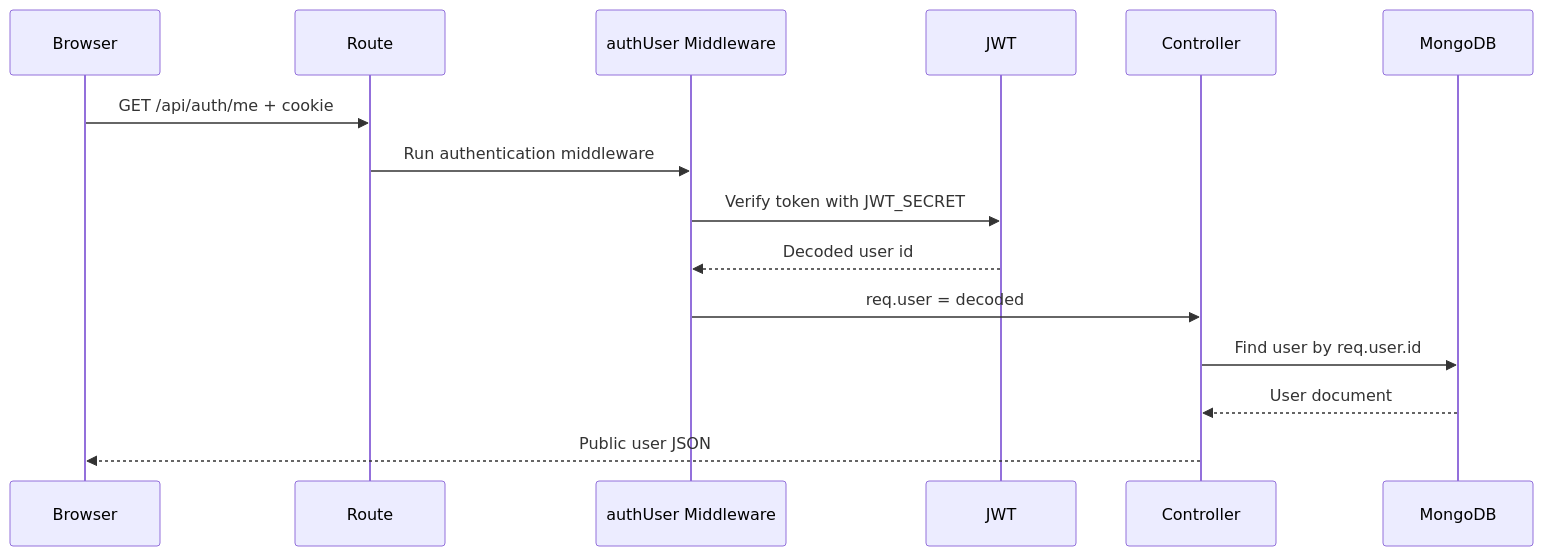
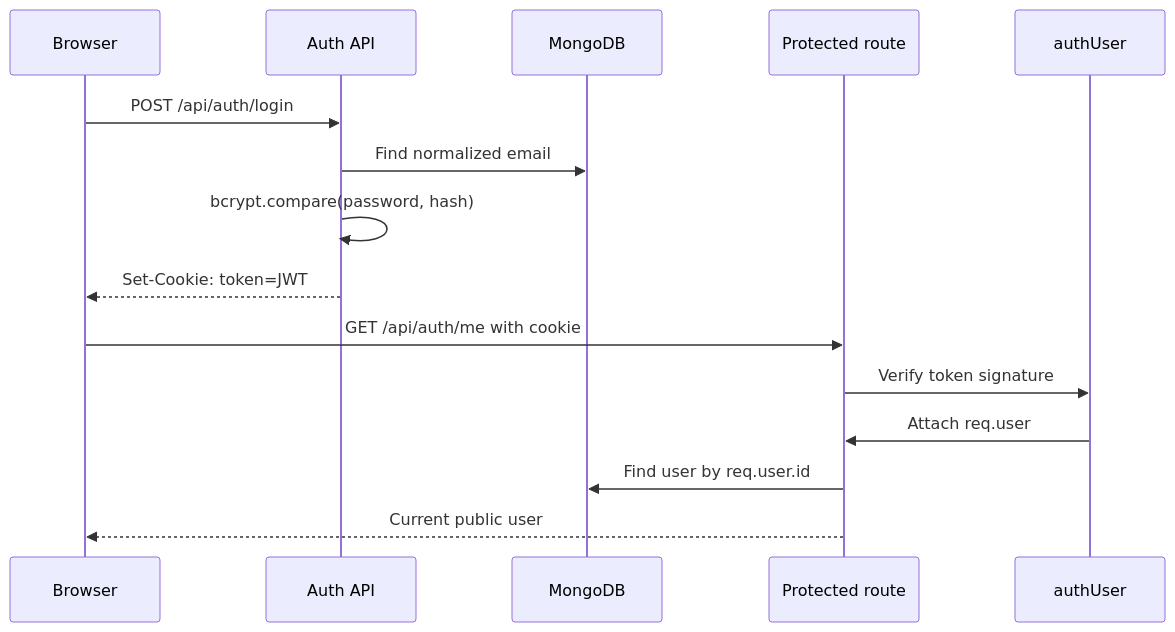
The fourth of 8 diagrams in README.md (SonamNarula/hirelens-nexus), drawn with Mermaid before and after one commit. The commit also changed other lines of this file, not shown here.

First line of the commit message:
docs: add flagship HireLens architecture guide

````diff
--- a/README.md
+++ b/README.md
@@ -355,18 +316,18 @@
 ```mermaid
 sequenceDiagram
     participant B as Browser
-    participant R as Route
-    participant A as authUser Middleware
-    participant J as JWT
-    participant C as Controller
+    participant A as Auth API
     participant DB as MongoDB
+    participant P as Protected route
+    participant MW as authUser
 
-    B->>R: GET /api/auth/me + cookie
-    R->>A: Run authentication middleware
-    A->>J: Verify token with JWT_SECRET
-    J-->>A: Decoded user id
-    A->>C: req.user = decoded
-    C->>DB: Find user by req.user.id
-    DB-->>C: User document
-    C-->>B: Public user JSON
+    B->>A: POST /api/auth/login
+    A->>DB: Find normalized email
+    A->>A: bcrypt.compare(password, hash)
+    A-->>B: Set-Cookie: token=JWT
+    B->>P: GET /api/auth/me with cookie
+    P->>MW: Verify token signature
+    MW->>P: Attach req.user
+    P->>DB: Find user by req.user.id
+    P-->>B: Current public user
 ```
````
